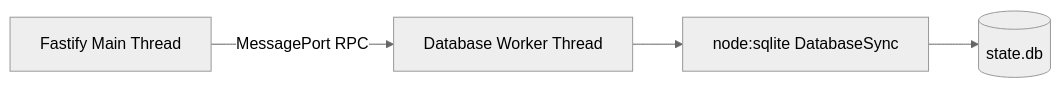
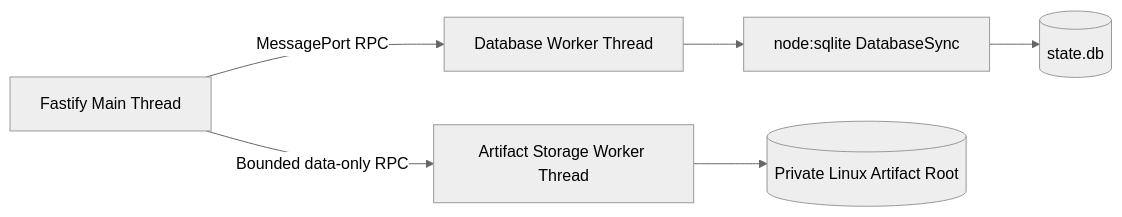
The second of 2 diagrams in ARCHITECTURE.md (moooyo/PowerToys-Agentic-Review), drawn with Mermaid (neutral theme) before and after one commit. The commit also changed other lines of this file and 26 other files, not shown here.

Commit message:
feat: compose dark artifact storage runtime

````diff
--- a/ARCHITECTURE.md
+++ b/ARCHITECTURE.md
@@ -145,6 +145,8 @@
 ```mermaid
 flowchart LR
     F[Fastify Main Thread] -->|MessagePort RPC| D[Database Worker Thread]
     D --> N[node:sqlite DatabaseSync]
     N --> S[(state.db)]
+    F -->|Bounded data-only RPC| A[Artifact Storage Worker Thread]
+    A --> L[(Private Linux Artifact Root)]
 ```
````
